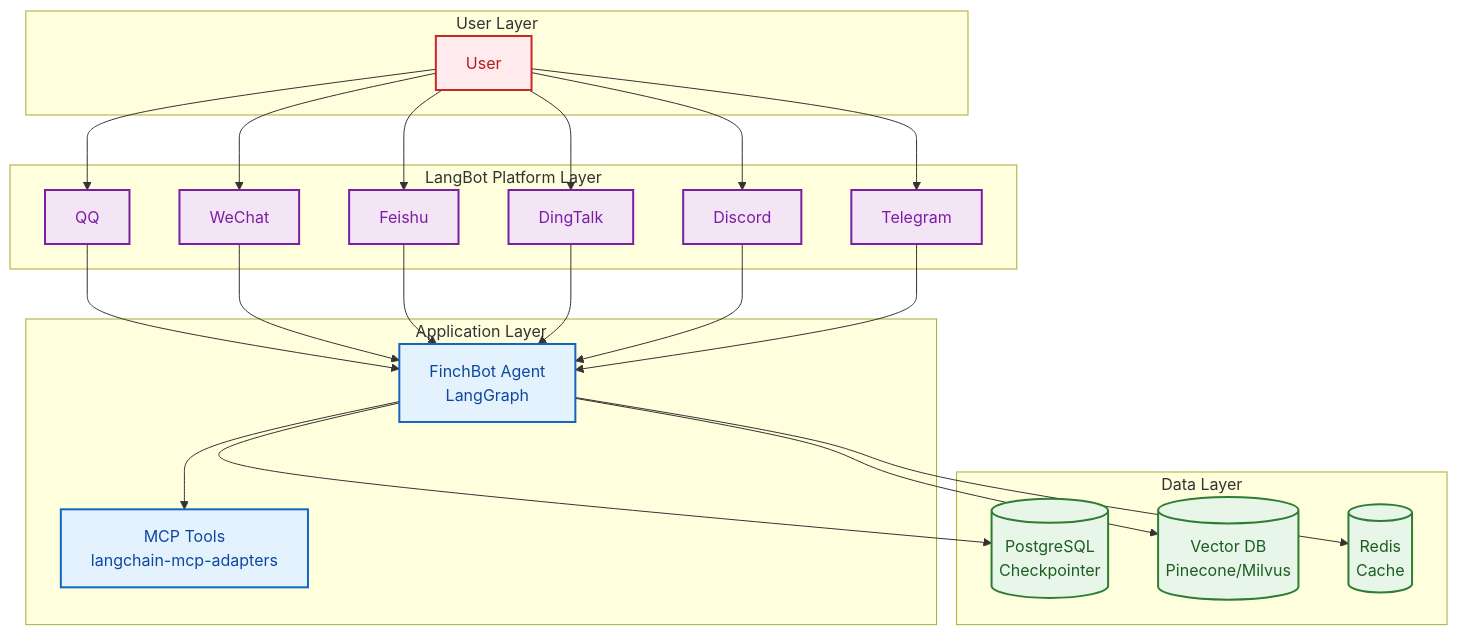
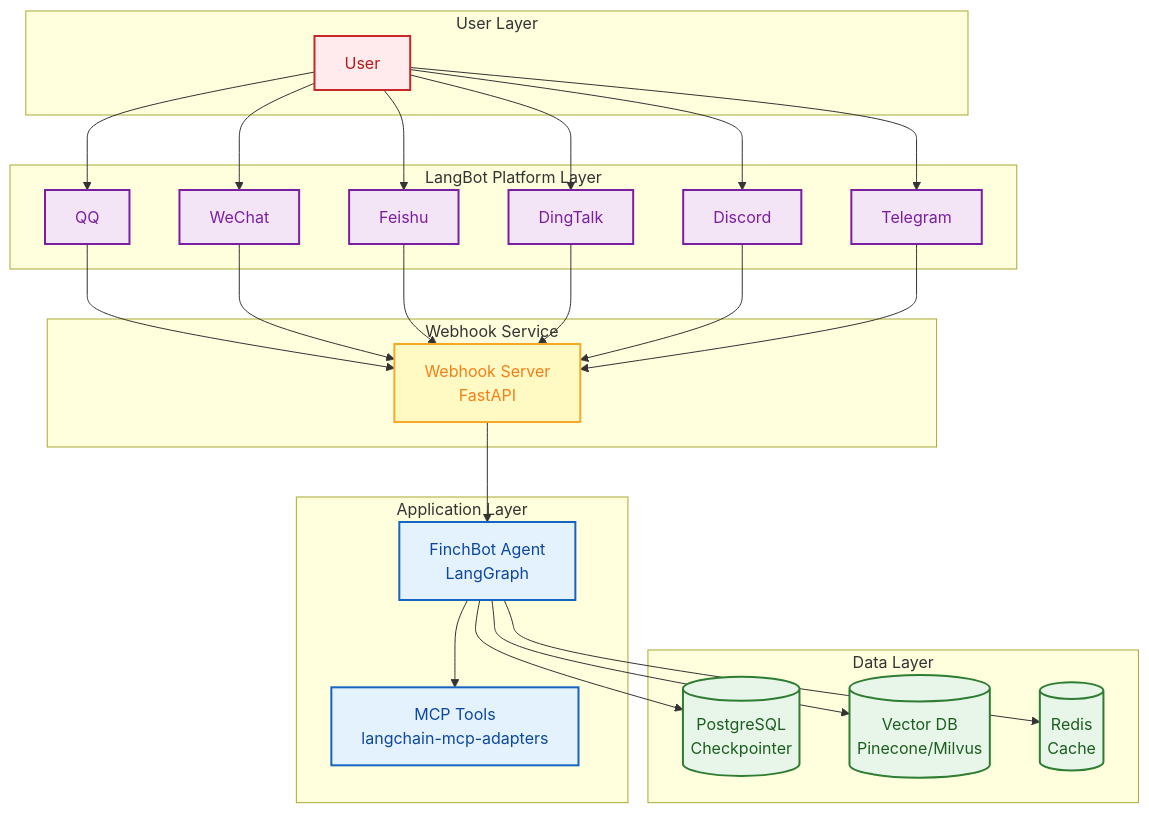
The first of 2 diagrams in docs/en-US/deployment.md (xt765/FinchBot), drawn with Mermaid before and after one commit. The commit also changed other lines of this file and 10 other files, not shown here.

````diff
--- a/docs/en-US/deployment.md
+++ b/docs/en-US/deployment.md
@@ -208,36 +208,42 @@
 ```mermaid
 flowchart TB
     classDef userLayer fill:#ffebee,stroke:#c62828,stroke-width:2px,color:#b71c1c;
     classDef appLayer fill:#e3f2fd,stroke:#1565c0,stroke-width:2px,color:#0d47a1;
     classDef dataLayer fill:#e8f5e9,stroke:#2e7d32,stroke-width:2px,color:#1b5e20;
     classDef langbot fill:#f3e5f5,stroke:#7b1fa2,stroke-width:2px,color:#7b1fa2;
+    classDef webhook fill:#fff9c4,stroke:#f9a825,stroke-width:2px,color:#f57f17;
 
     subgraph Users [User Layer]
         U[User]:::userLayer
     end
 
     subgraph LangBot [LangBot Platform Layer]
         QQ[QQ]:::langbot
         WeChat[WeChat]:::langbot
         Feishu[Feishu]:::langbot
         DingTalk[DingTalk]:::langbot
         Discord[Discord]:::langbot
         Telegram[Telegram]:::langbot
     end
 
+    subgraph Webhook [Webhook Service]
+        WH[Webhook Server<br/>FastAPI]:::webhook
+    end
+
     subgraph App [Application Layer]
         Agent[FinchBot Agent<br/>LangGraph]:::appLayer
         MCP[MCP Tools<br/>langchain-mcp-adapters]:::appLayer
     end
 
     subgraph Data [Data Layer]
         PG[(PostgreSQL<br/>Checkpointer)]:::dataLayer
         Vector[(Vector DB<br/>Pinecone/Milvus)]:::dataLayer
         Redis[(Redis<br/>Cache)]:::dataLayer
     end
 
     U --> QQ & WeChat & Feishu & DingTalk & Discord & Telegram
-    QQ & WeChat & Feishu & DingTalk & Discord & Telegram --> Agent
+    QQ & WeChat & Feishu & DingTalk & Discord & Telegram --> WH
+    WH --> Agent
     Agent --> MCP
     Agent --> PG & Vector & Redis
 ```
````
